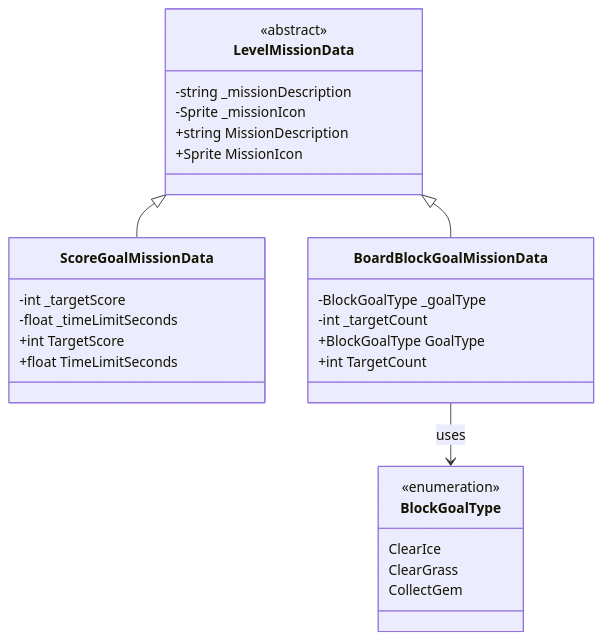
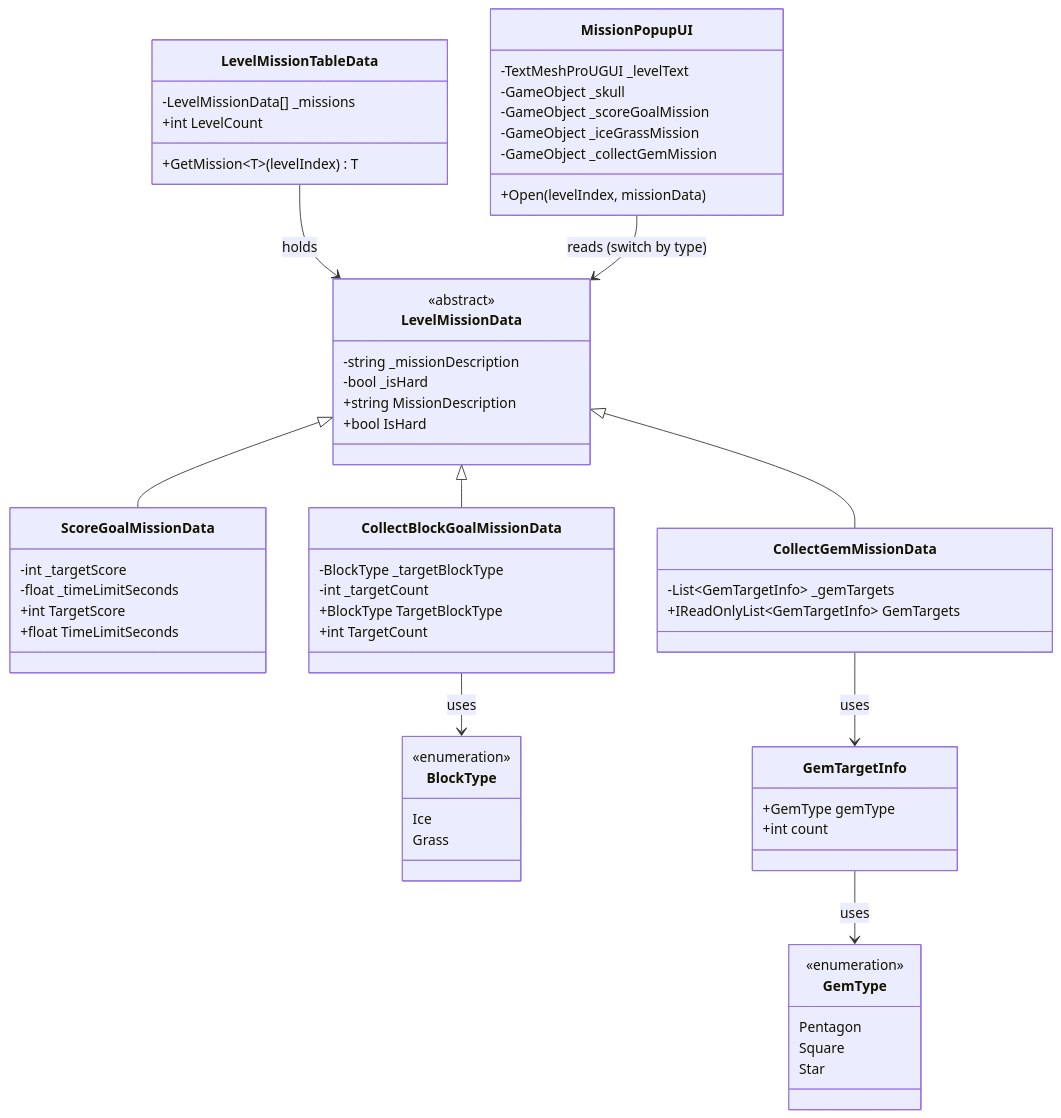
One commit to chlghksgml01/BlockPuzzle changed the second of 2 diagrams in docs/diagrams/level-map.md. Above: the diagram before and after it, drawn with Mermaid. The commit also changed other lines of this file and 13 other files, not shown here.

````diff
--- a/docs/diagrams/level-map.md
+++ b/docs/diagrams/level-map.md
@@ -95,35 +106,71 @@
 ```mermaid
 classDiagram
     class LevelMissionData {
         <<abstract>>
         -string _missionDescription
-        -Sprite _missionIcon
+        -bool _isHard
         +string MissionDescription
-        +Sprite MissionIcon
+        +bool IsHard
     }
 
     class ScoreGoalMissionData {
         -int _targetScore
         -float _timeLimitSeconds
         +int TargetScore
         +float TimeLimitSeconds
     }
 
-    class BoardBlockGoalMissionData {
-        -BlockGoalType _goalType
+    class CollectBlockGoalMissionData {
+        -BlockType _targetBlockType
         -int _targetCount
-        +BlockGoalType GoalType
+        +BlockType TargetBlockType
         +int TargetCount
     }
 
-    class BlockGoalType {
+    class CollectGemMissionData {
+        -List~GemTargetInfo~ _gemTargets
+        +IReadOnlyList~GemTargetInfo~ GemTargets
+    }
+
+    class BlockType {
         <<enumeration>>
-        ClearIce
-        ClearGrass
-        CollectGem
+        Ice
+        Grass
+    }
+
+    class GemType {
+        <<enumeration>>
+        Pentagon
+        Square
+        Star
+    }
+
+    class GemTargetInfo {
+        +GemType gemType
+        +int count
+    }
+
+    class LevelMissionTableData {
+        -LevelMissionData[] _missions
+        +int LevelCount
+        +GetMission~T~(levelIndex) T
+    }
+
+    class MissionPopupUI {
+        -TextMeshProUGUI _levelText
+        -GameObject _skull
+        -GameObject _scoreGoalMission
+        -GameObject _iceGrassMission
+        -GameObject _collectGemMission
+        +Open(levelIndex, missionData)
     }
 
     LevelMissionData <|-- ScoreGoalMissionData
-    LevelMissionData <|-- BoardBlockGoalMissionData
-    BoardBlockGoalMissionData --> BlockGoalType : uses
+    LevelMissionData <|-- CollectBlockGoalMissionData
+    LevelMissionData <|-- CollectGemMissionData
+    CollectBlockGoalMissionData --> BlockType : uses
+    CollectGemMissionData --> GemTargetInfo : uses
+    GemTargetInfo --> GemType : uses
+    LevelMissionTableData --> LevelMissionData : holds
+    MissionPopupUI --> LevelMissionData : reads (switch by type)
 ```
````
